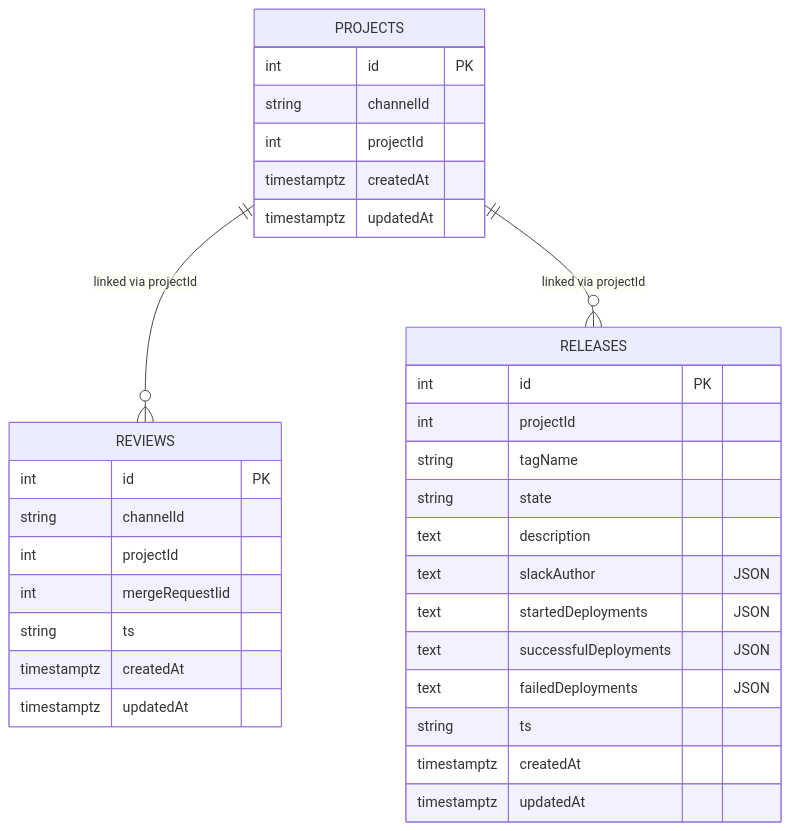
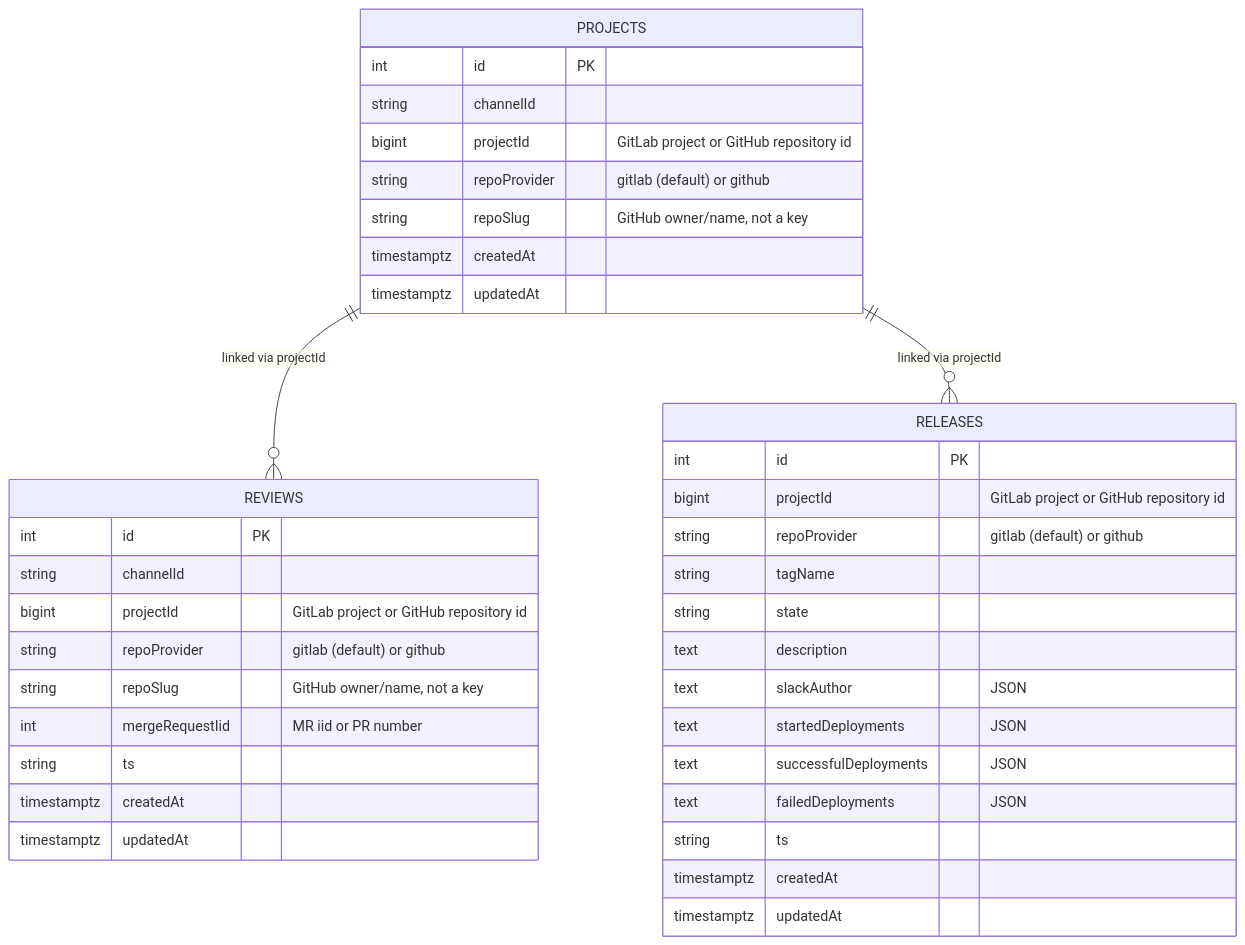
One commit to ManoManoTech/homer changed the ninth of 10 diagrams in docs/ARCHITECTURE.md. Above: the diagram before and after it, drawn with Mermaid. The commit also changed other lines of this file and 126 other files, not shown here.

First line of the commit message:
feat(github): support GitHub repositories with GitLab feature parity (#208)

````diff
--- a/docs/ARCHITECTURE.md
+++ b/docs/ARCHITECTURE.md
@@ -346,36 +346,41 @@
 ```mermaid
 erDiagram
     PROJECTS ||--o{ REVIEWS : "linked via projectId"
     PROJECTS ||--o{ RELEASES : "linked via projectId"
 
     PROJECTS {
         int id PK
         string channelId
-        int projectId
+        bigint projectId "GitLab project or GitHub repository id"
+        string repoProvider "gitlab (default) or github"
+        string repoSlug "GitHub owner/name, not a key"
         timestamptz createdAt
         timestamptz updatedAt
     }
     REVIEWS {
         int id PK
         string channelId
-        int projectId
-        int mergeRequestIid
+        bigint projectId "GitLab project or GitHub repository id"
+        string repoProvider "gitlab (default) or github"
+        string repoSlug "GitHub owner/name, not a key"
+        int mergeRequestIid "MR iid or PR number"
         string ts
         timestamptz createdAt
         timestamptz updatedAt
     }
     RELEASES {
         int id PK
-        int projectId
+        bigint projectId "GitLab project or GitHub repository id"
+        string repoProvider "gitlab (default) or github"
         string tagName
         string state
         text description
         text slackAuthor "JSON"
         text startedDeployments "JSON"
         text successfulDeployments "JSON"
         text failedDeployments "JSON"
         string ts
         timestamptz createdAt
         timestamptz updatedAt
     }
 ```
````
